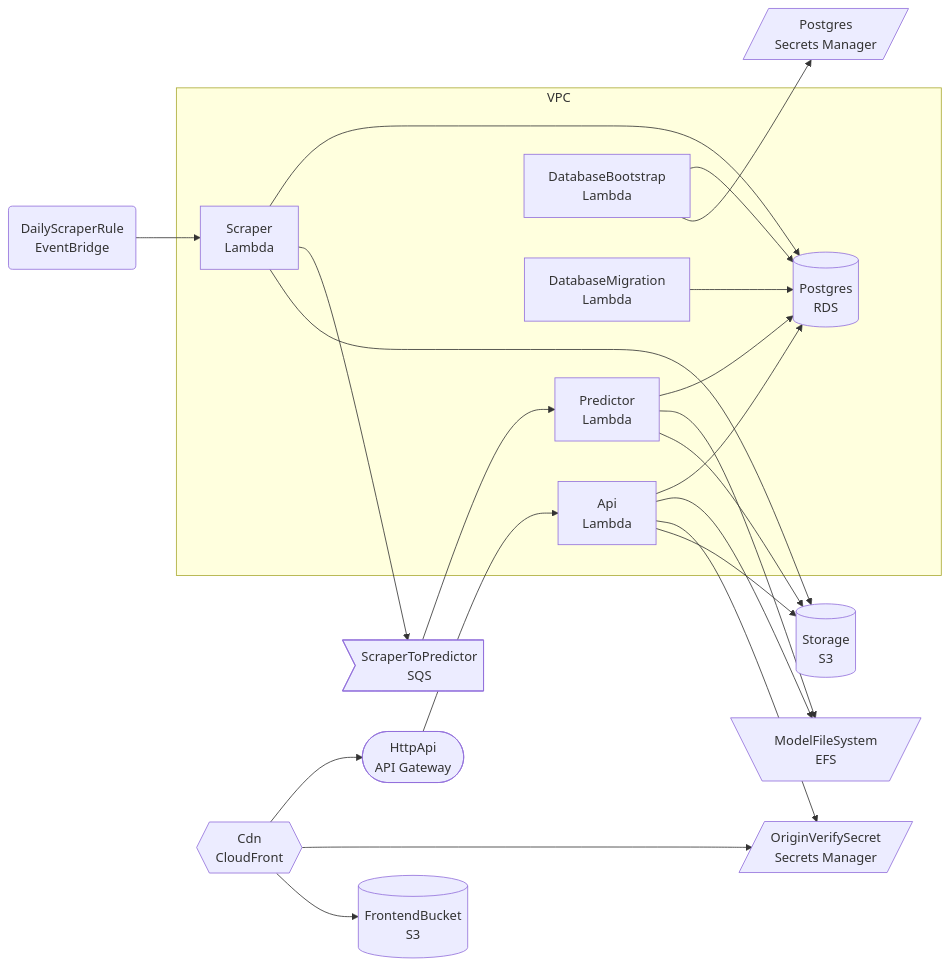
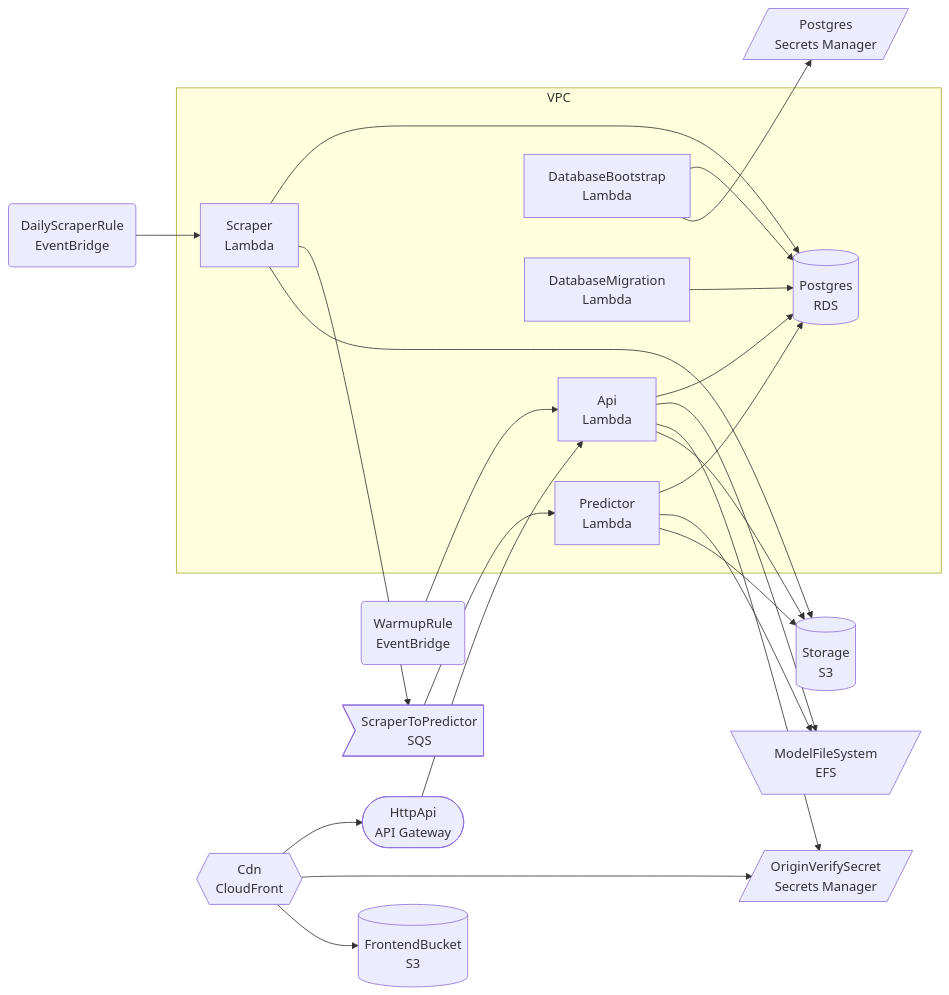
One commit to dagda1/match-predictor changed the first of 2 diagrams in README.md. Above: the diagram before and after it, drawn with Mermaid. The commit also changed 2 other files, not shown here.

Commit message:
chore: add Firehose delivery stream to deployment stack with S3 bucket integration and CloudFormation output

````diff
--- a/README.md
+++ b/README.md
@@ -95,39 +95,41 @@
 ```mermaid
 graph LR
   subgraph VPC
     ApiApiFunctionAA82C666["Api<br/>Lambda"]
     DatabaseBootstrapHandlerFunction53F1278C["DatabaseBootstrap<br/>Lambda"]
     DatabaseMigrationHandlerFunction71FE854B["DatabaseMigration<br/>Lambda"]
     DatabasePostgres277EF4CB[("Postgres<br/>RDS")]
     EtlFunctionsPredictorFunctionE33E3D43["Predictor<br/>Lambda"]
     EtlFunctionsScraperFunctionF099BA00["Scraper<br/>Lambda"]
   end
   ApiHttpApi4C294DC0(["HttpApi<br/>API Gateway"])
+  ApiWarmupRuleFD0BC37F("WarmupRule<br/>EventBridge")
   CdnDistribution149FA6C8{{"Cdn<br/>CloudFront"}}
   DatabasePostgresSecret6EBE3413[/"Postgres<br/>Secrets Manager"/]
   EventBridgeDailyScraperRule9BFD8304("DailyScraperRule<br/>EventBridge")
   ModelStorageModelFileSystem7131CD34[\"ModelFileSystem<br/>EFS"/]
   QueuingScraperToPredictor12C65B00>"ScraperToPredictor<br/>SQS"]
   SecretsOriginVerifySecret2207D00B[/"OriginVerifySecret<br/>Secrets Manager"/]
   StorageBucket5CB7C8EA[("Storage<br/>S3")]
   StorageFrontendBucketC065FEEF[("FrontendBucket<br/>S3")]
   ApiApiFunctionAA82C666 --> DatabasePostgres277EF4CB
   ApiApiFunctionAA82C666 --> ModelStorageModelFileSystem7131CD34
   ApiApiFunctionAA82C666 --> SecretsOriginVerifySecret2207D00B
   ApiApiFunctionAA82C666 --> StorageBucket5CB7C8EA
   ApiHttpApi4C294DC0 --> ApiApiFunctionAA82C666
+  ApiWarmupRuleFD0BC37F --> ApiApiFunctionAA82C666
   CdnDistribution149FA6C8 --> ApiHttpApi4C294DC0
   CdnDistribution149FA6C8 --> SecretsOriginVerifySecret2207D00B
   CdnDistribution149FA6C8 --> StorageFrontendBucketC065FEEF
   DatabaseBootstrapHandlerFunction53F1278C --> DatabasePostgres277EF4CB
   DatabaseBootstrapHandlerFunction53F1278C --> DatabasePostgresSecret6EBE3413
   DatabaseMigrationHandlerFunction71FE854B --> DatabasePostgres277EF4CB
   EtlFunctionsPredictorFunctionE33E3D43 --> DatabasePostgres277EF4CB
   EtlFunctionsPredictorFunctionE33E3D43 --> ModelStorageModelFileSystem7131CD34
   EtlFunctionsPredictorFunctionE33E3D43 --> StorageBucket5CB7C8EA
   EtlFunctionsScraperFunctionF099BA00 --> DatabasePostgres277EF4CB
   EtlFunctionsScraperFunctionF099BA00 --> QueuingScraperToPredictor12C65B00
   EtlFunctionsScraperFunctionF099BA00 --> StorageBucket5CB7C8EA
   EventBridgeDailyScraperRule9BFD8304 --> EtlFunctionsScraperFunctionF099BA00
   QueuingScraperToPredictor12C65B00 --> EtlFunctionsPredictorFunctionE33E3D43
 ```
````
